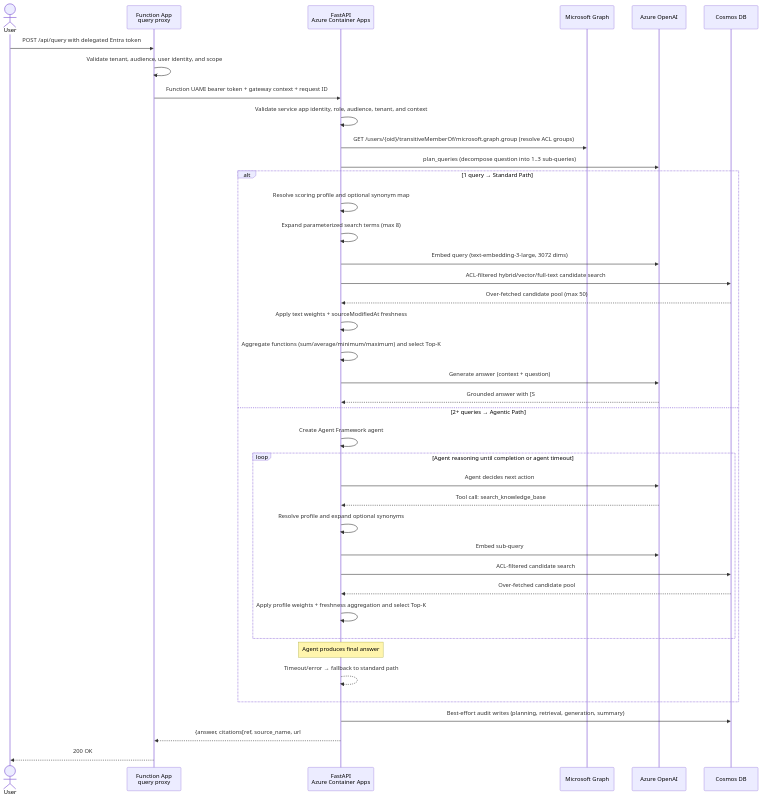
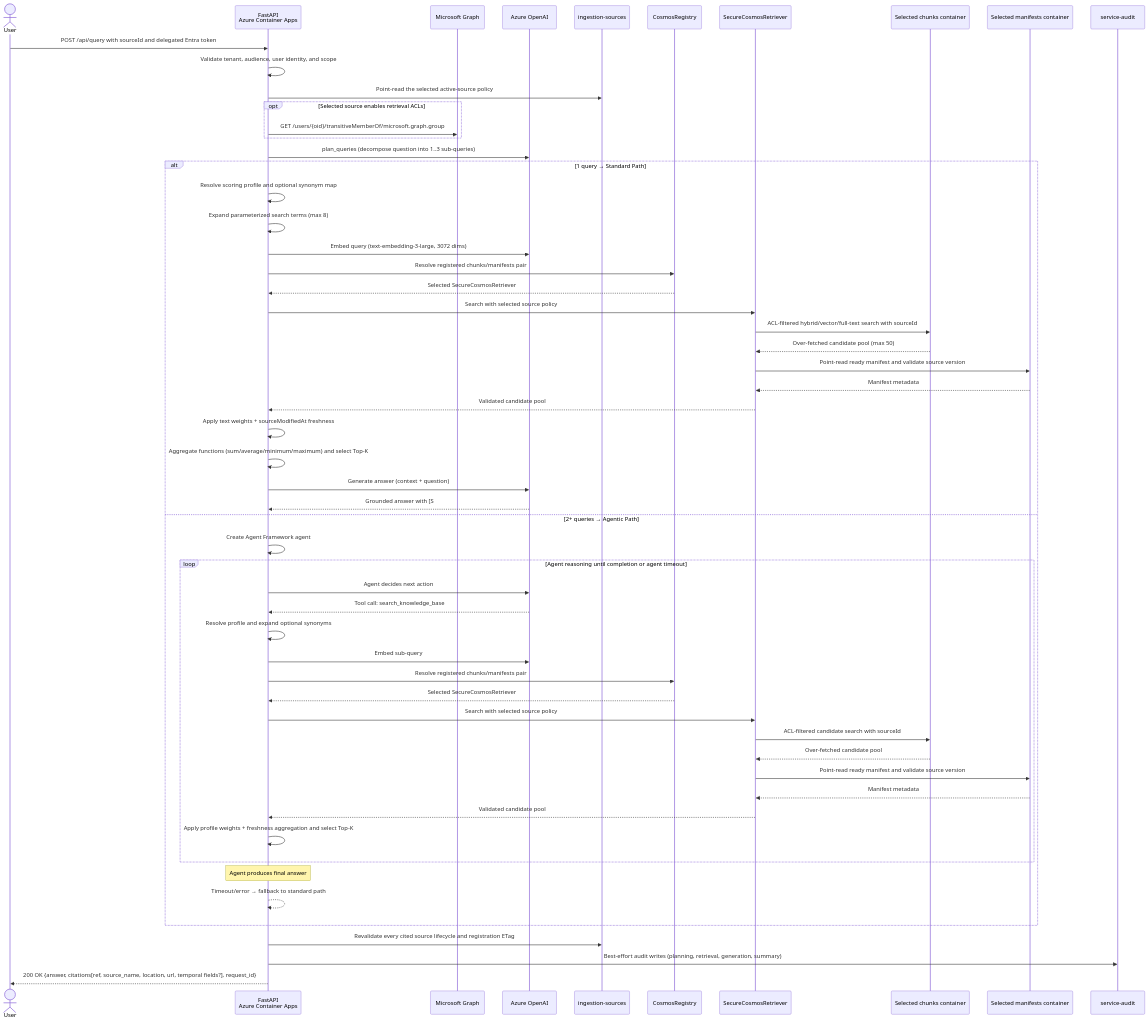
Before and after one commit to HariVamsiChittari1/enterprise-rag-pipeline: diagram 11 of 14 in docs/ARCHITECTURE.md, drawn with Mermaid. The commit also changed other lines of this file and 129 other files, not shown here.

First line of the commit message:
feat(routing): add source-aware SharePoint routing

````diff
--- a/docs/ARCHITECTURE.md
+++ b/docs/ARCHITECTURE.md
@@ -548,43 +830,60 @@
 ```mermaid
 sequenceDiagram
     actor User
-    participant Proxy as Function App<br/>query proxy
     participant RAG as FastAPI<br/>Azure Container Apps
     participant Graph as Microsoft Graph
     participant OAI as Azure OpenAI
-    participant Cosmos as Cosmos DB
+    participant Sources as ingestion-sources
+    participant Registry as CosmosRegistry
+    participant Retriever as SecureCosmosRetriever
+    participant Chunks as Selected chunks container
+    participant Manifests as Selected manifests container
+    participant Audit as service-audit
 
-    User->>Proxy: POST /api/query with delegated Entra token
-    Proxy->>Proxy: Validate tenant, audience, user identity, and scope
-    Proxy->>RAG: Function UAMI bearer token + gateway context + request ID
-    RAG->>RAG: Validate service app identity, role, audience, tenant, and context
-    RAG->>Graph: GET /users/{oid}/transitiveMemberOf/microsoft.graph.group (resolve ACL groups)
+    User->>RAG: POST /api/query with sourceId and delegated Entra token
+    RAG->>RAG: Validate tenant, audience, user identity, and scope
+    RAG->>Sources: Point-read the selected active-source policy
+    opt Selected source enables retrieval ACLs
+        RAG->>Graph: GET /users/{oid}/transitiveMemberOf/microsoft.graph.group
+    end
     RAG->>OAI: plan_queries (decompose question into 1..3 sub-queries)
     alt 1 query → Standard Path
         RAG->>RAG: Resolve scoring profile and optional synonym map
         RAG->>RAG: Expand parameterized search terms (max 8)
         RAG->>OAI: Embed query (text-embedding-3-large, 3072 dims)
-        RAG->>Cosmos: ACL-filtered hybrid/vector/full-text candidate search
-        Cosmos-->>RAG: Over-fetched candidate pool (max 50)
+        RAG->>Registry: Resolve registered chunks/manifests pair
+        Registry-->>RAG: Selected SecureCosmosRetriever
+        RAG->>Retriever: Search with selected source policy
+        Retriever->>Chunks: ACL-filtered hybrid/vector/full-text search with sourceId
+        Chunks-->>Retriever: Over-fetched candidate pool (max 50)
+        Retriever->>Manifests: Point-read ready manifest and validate source version
+        Manifests-->>Retriever: Manifest metadata
+        Retriever-->>RAG: Validated candidate pool
         RAG->>RAG: Apply text weights + sourceModifiedAt freshness
         RAG->>RAG: Aggregate functions (sum/average/minimum/maximum) and select Top-K
         RAG->>OAI: Generate answer (context + question)
         OAI-->>RAG: Grounded answer with [S#] markers
     else 2+ queries → Agentic Path
         RAG->>RAG: Create Agent Framework agent
         loop Agent reasoning until completion or agent timeout
             RAG->>OAI: Agent decides next action
             OAI-->>RAG: Tool call: search_knowledge_base
             RAG->>RAG: Resolve profile and expand optional synonyms
             RAG->>OAI: Embed sub-query
-            RAG->>Cosmos: ACL-filtered candidate search
-            Cosmos-->>RAG: Over-fetched candidate pool
+            RAG->>Registry: Resolve registered chunks/manifests pair
+            Registry-->>RAG: Selected SecureCosmosRetriever
+            RAG->>Retriever: Search with selected source policy
+            Retriever->>Chunks: ACL-filtered candidate search with sourceId
+            Chunks-->>Retriever: Over-fetched candidate pool
+            Retriever->>Manifests: Point-read ready manifest and validate source version
+            Manifests-->>Retriever: Manifest metadata
+            Retriever-->>RAG: Validated candidate pool
             RAG->>RAG: Apply profile weights + freshness aggregation and select Top-K
         end
         Note over RAG: Agent produces final answer
         RAG-->>RAG: Timeout/error → fallback to standard path
     end
-    RAG->>Cosmos: Best-effort audit writes (planning, retrieval, generation, summary)
-    RAG-->>Proxy: {answer, citations[ref, source_name, url#page=N], request_id}
-    Proxy-->>User: 200 OK
+    RAG->>Sources: Revalidate every cited source lifecycle and registration ETag
+    RAG->>Audit: Best-effort audit writes (planning, retrieval, generation, summary)
+    RAG-->>User: 200 OK {answer, citations[ref, source_name, location, url, temporal fields?], request_id}
 ```
````
